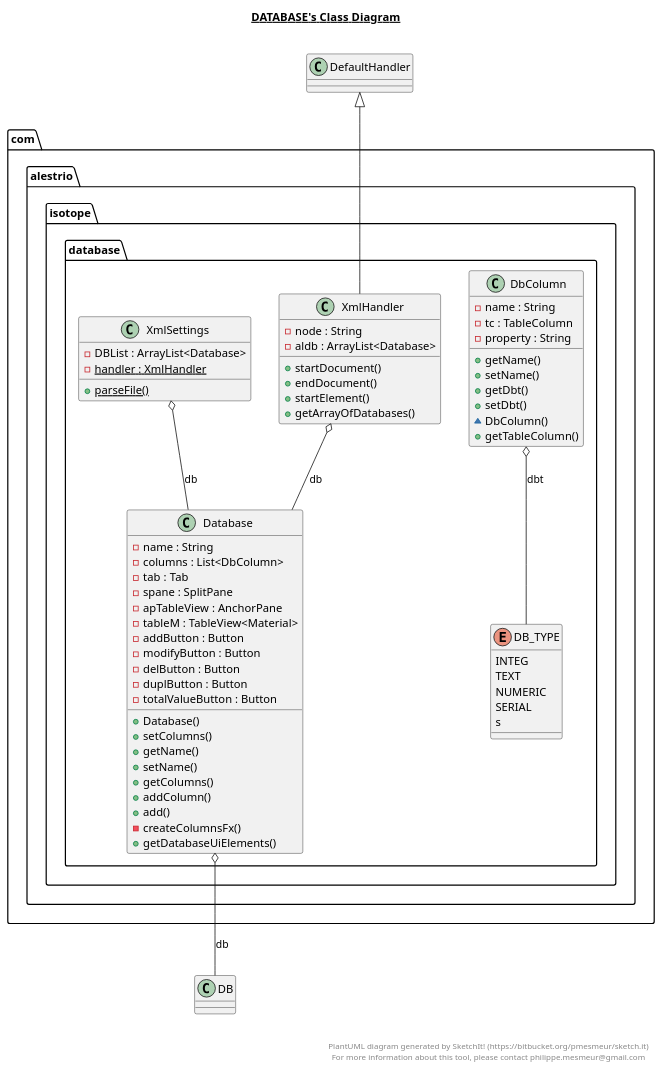
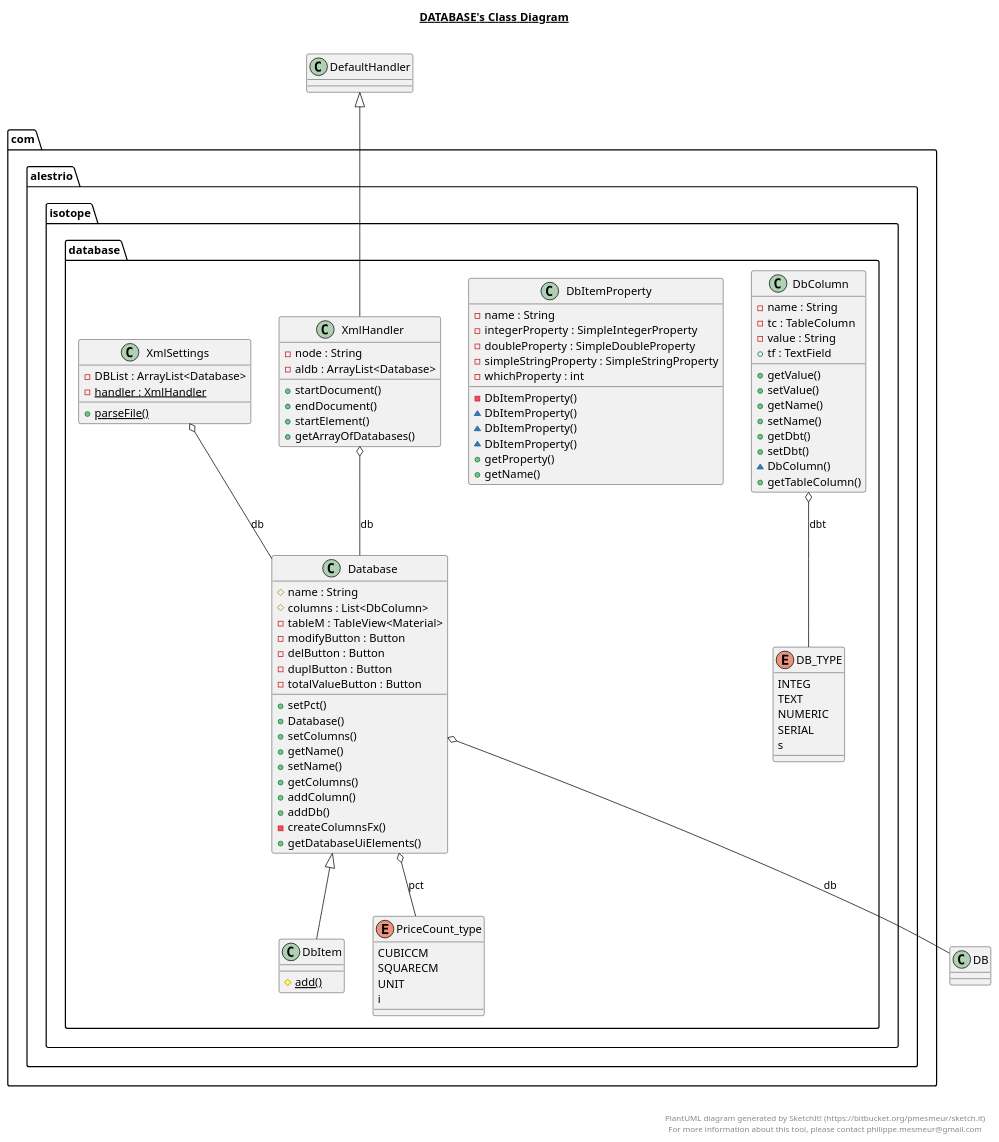
The diagram in Isotope/bin/production/Isotope/com/alestrio/isotope/database/database.plantuml (Alestrio/Isotope-StockManager), drawn with PlantUML before and after one commit. The commit also changed 8 other files, not shown here.

```diff
--- a/Isotope/bin/production/Isotope/com/alestrio/isotope/database/database.plantuml
+++ b/Isotope/bin/production/Isotope/com/alestrio/isotope/database/database.plantuml
@@ -1,102 +1,144 @@
 @startuml
 
 title __DATABASE's Class Diagram__\n
 
   package com.alestrio.isotope {
     package com.alestrio.isotope.database {
       enum DB_TYPE {
         INTEG
         TEXT
         NUMERIC
         SERIAL
         s
       }
     }
   }
   
 
   package com.alestrio.isotope {
     package com.alestrio.isotope.database {
       class Database {
-          - name : String
-          - columns : List<DbColumn>
-          - tab : Tab
-          - spane : SplitPane
-          - apTableView : AnchorPane
+          # name : String
+          # columns : List<DbColumn>
           - tableM : TableView<Material>
-          - addButton : Button
           - modifyButton : Button
           - delButton : Button
           - duplButton : Button
           - totalValueButton : Button
+          + setPct()
           + Database()
           + setColumns()
           + getName()
           + setName()
           + getColumns()
           + addColumn()
-          + add()
+          + addDb()
           - createColumnsFx()
           + getDatabaseUiElements()
       }
     }
   }
   
 
   package com.alestrio.isotope {
     package com.alestrio.isotope.database {
       class DbColumn {
           - name : String
           - tc : TableColumn
-          - property : String
+          - value : String
+          + tf : TextField
+          + getValue()
+          + setValue()
           + getName()
           + setName()
           + getDbt()
           + setDbt()
           ~ DbColumn()
           + getTableColumn()
+      }
+    }
+  }
+  
+
+  package com.alestrio.isotope {
+    package com.alestrio.isotope.database {
+      class DbItem {
+          {static} # add()
+      }
+    }
+  }
+  
+
+  package com.alestrio.isotope {
+    package com.alestrio.isotope.database {
+      class DbItemProperty {
+          - name : String
+          - integerProperty : SimpleIntegerProperty
+          - doubleProperty : SimpleDoubleProperty
+          - simpleStringProperty : SimpleStringProperty
+          - whichProperty : int
+          - DbItemProperty()
+          ~ DbItemProperty()
+          ~ DbItemProperty()
+          ~ DbItemProperty()
+          + getProperty()
+          + getName()
+      }
+    }
+  }
+  
+
+  package com.alestrio.isotope {
+    package com.alestrio.isotope.database {
+      enum PriceCount_type {
+        CUBICCM
+        SQUARECM
+        UNIT
+        i
       }
     }
   }
   
 
   package com.alestrio.isotope {
     package com.alestrio.isotope.database {
       class XmlHandler {
           - node : String
           - aldb : ArrayList<Database>
           + startDocument()
           + endDocument()
           + startElement()
           + getArrayOfDatabases()
       }
     }
   }
   
 
   package com.alestrio.isotope {
     package com.alestrio.isotope.database {
       class XmlSettings {
           - DBList : ArrayList<Database>
           {static} - handler : XmlHandler
           {static} + parseFile()
       }
     }
   }
   
 
   Database o-- DB : db
+  Database o-- PriceCount_type : pct
   DbColumn o-- DB_TYPE : dbt
+  DbItem -up-|> Database
   XmlHandler -up-|> DefaultHandler
   XmlHandler o-- Database : db
   XmlSettings o-- Database : db
 
 
 right footer
 
 
 PlantUML diagram generated by SketchIt! (https://bitbucket.org/pmesmeur/sketch.it)
 For more information about this tool, please contact philippe.mesmeur@gmail.com
 endfooter
 
 @enduml
```
